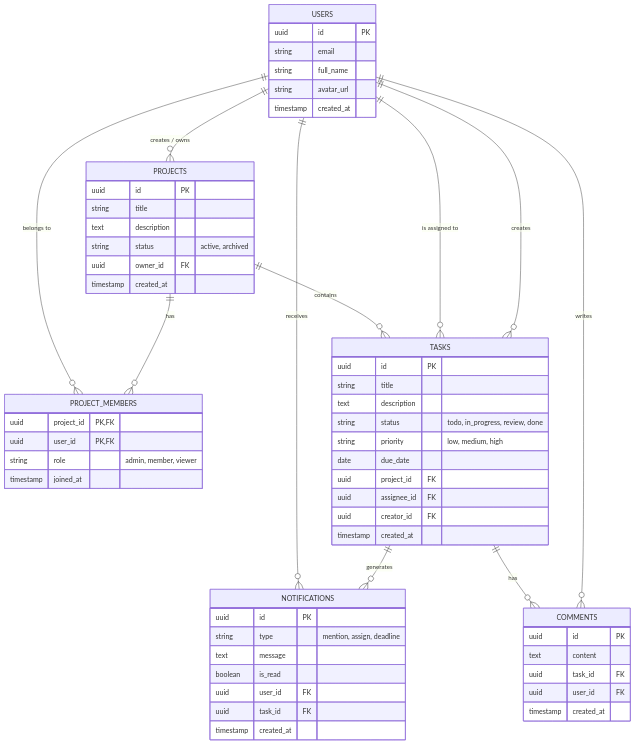
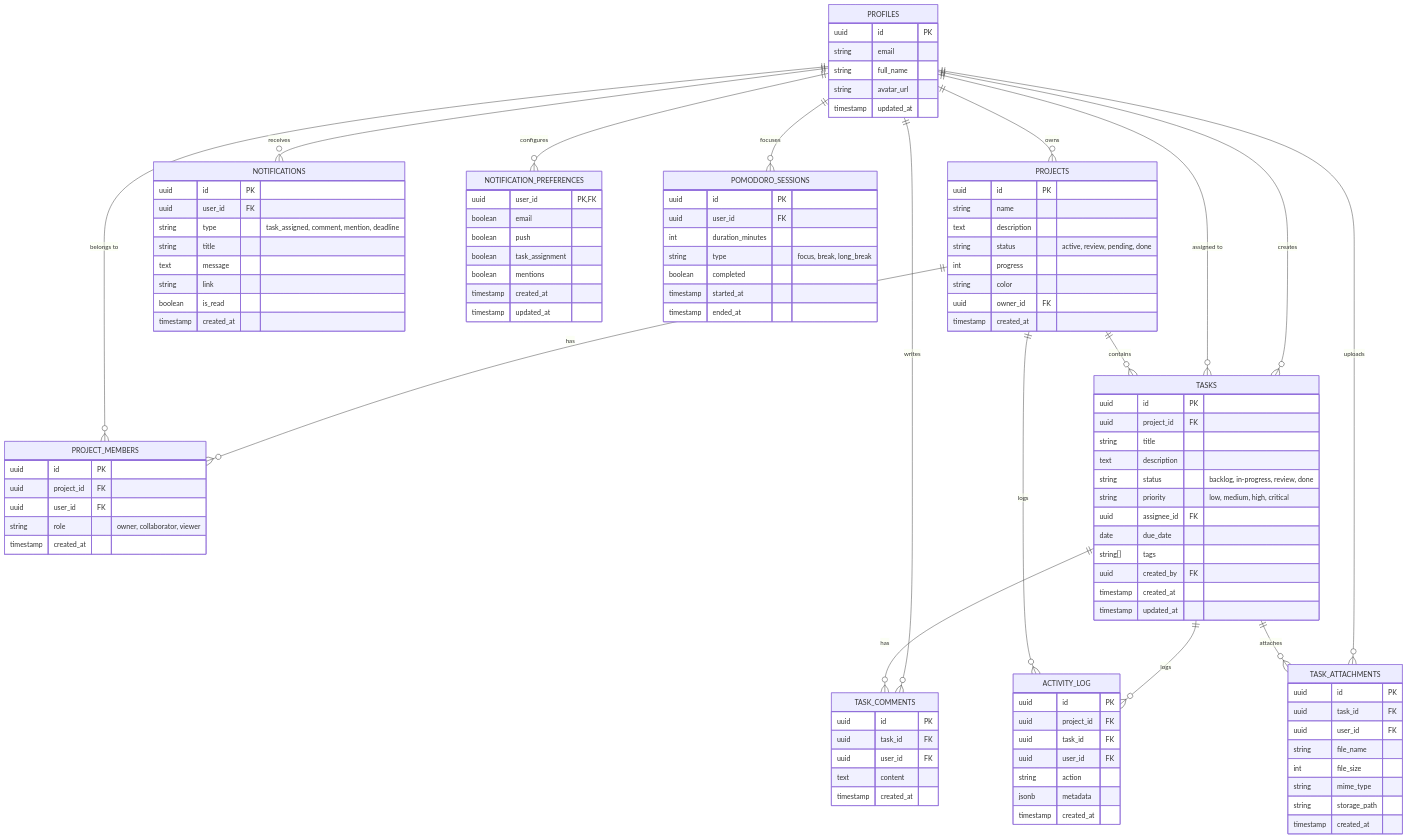
One commit to Danielsteve18/KairoTask changed the diagram in architecture/data-model.md. Above: the diagram before and after it, drawn with Mermaid. The commit also changed other lines of this file and 2 other files, not shown here.

Commit message:
docs: actualiza README, data-model y state-and-data vs implementacion real
README:
- Badges reales (Next.js 16, framer-motion, radix-ui, TanStack Query)
- Stack real vs documentado (remueve GSAP, NextUI, simpleParallax,
  BillionMail, Playwright, JMeter, TestRail)
- Estructura de carpetas real (sin src/, sin services/, sin types/)
- Features actuales: Kanban, Pomodoro, notificaciones, busqueda global,
  terminal, attachments, avatar upload, Matrix Rain, auth middleware

data-model.md:
- 10 tablas reales vs 6 documentadas (agrega activity_log,
  pomodoro_sessions, notification_preferences, task_attachments)
- Campos reales (status, priority, roles)
- Storage buckets + RLS policies

state-and-data.md:
- QueryProvider path real (components/ no src/app/)
- staleTime real (60s no 5min)
- Stores reales (notification, pomodoro, search)
- Tabla completa de hooks disponibles

````diff
--- a/architecture/data-model.md
+++ b/architecture/data-model.md
@@ -5,71 +5,120 @@
 ```mermaid
 erDiagram
-    USERS {
+    PROFILES {
         uuid id PK
         string email
         string full_name
         string avatar_url
-        timestamp created_at
+        timestamp updated_at
     }
 
     PROJECTS {
         uuid id PK
-        string title
+        string name
         text description
-        string status "active, archived"
+        string status "active, review, pending, done"
+        int progress
+        string color
         uuid owner_id FK
         timestamp created_at
     }
 
     PROJECT_MEMBERS {
-        uuid project_id PK, FK
-        uuid user_id PK, FK
-        string role "admin, member, viewer"
-        timestamp joined_at
+        uuid id PK
+        uuid project_id FK
+        uuid user_id FK
+        string role "owner, collaborator, viewer"
+        timestamp created_at
     }
 
     TASKS {
         uuid id PK
+        uuid project_id FK
         string title
         text description
-        string status "todo, in_progress, review, done"
-        string priority "low, medium, high"
+        string status "backlog, in-progress, review, done"
+        string priority "low, medium, high, critical"
+        uuid assignee_id FK
         date due_date
-        uuid project_id FK
-        uuid assignee_id FK
-        uuid creator_id FK
+        string[] tags
+        uuid created_by FK
+        timestamp created_at
+        timestamp updated_at
+    }
+
+    TASK_COMMENTS {
+        uuid id PK
+        uuid task_id FK
+        uuid user_id FK
+        text content
         timestamp created_at
     }
 
-    COMMENTS {
+    ACTIVITY_LOG {
         uuid id PK
-        text content
+        uuid project_id FK
         uuid task_id FK
         uuid user_id FK
-        timestamp created_at
-    }
-    
-    NOTIFICATIONS {
-        uuid id PK
-        string type "mention, assign, deadline"
-        text message
-        boolean is_read
-        uuid user_id FK
-        uuid task_id FK
+        string action
+        jsonb metadata
         timestamp created_at
     }
 
-    USERS ||--o{ PROJECTS : "creates / owns"
-    USERS ||--o{ PROJECT_MEMBERS : "belongs to"
+    NOTIFICATIONS {
+        uuid id PK
+        uuid user_id FK
+        string type "task_assigned, comment, mention, deadline"
+        string title
+        text message
+        string link
+        boolean is_read
+        timestamp created_at
+    }
+
+    NOTIFICATION_PREFERENCES {
+        uuid user_id PK, FK
+        boolean email
+        boolean push
+        boolean task_assignment
+        boolean mentions
+        timestamp created_at
+        timestamp updated_at
+    }
+
+    POMODORO_SESSIONS {
+        uuid id PK
+        uuid user_id FK
+        int duration_minutes
+        string type "focus, break, long_break"
+        boolean completed
+        timestamp started_at
+        timestamp ended_at
+    }
+
+    TASK_ATTACHMENTS {
+        uuid id PK
+        uuid task_id FK
+        uuid user_id FK
+        string file_name
+        int file_size
+        string mime_type
+        string storage_path
+        timestamp created_at
+    }
+
+    PROFILES ||--o{ PROJECTS : "owns"
+    PROFILES ||--o{ PROJECT_MEMBERS : "belongs to"
     PROJECTS ||--o{ PROJECT_MEMBERS : "has"
-    
     PROJECTS ||--o{ TASKS : "contains"
-    USERS ||--o{ TASKS : "is assigned to"
-    USERS ||--o{ TASKS : "creates"
-    
-    TASKS ||--o{ COMMENTS : "has"
-    USERS ||--o{ COMMENTS : "writes"
-    
-    USERS ||--o{ NOTIFICATIONS : "receives"
-    TASKS ||--o{ NOTIFICATIONS : "generates"
+    PROJECTS ||--o{ ACTIVITY_LOG : "logs"
+    TASKS ||--o{ TASK_COMMENTS : "has"
+    TASKS ||--o{ ACTIVITY_LOG : "logs"
+    TASKS ||--o{ TASK_ATTACHMENTS : "attaches"
+    PROFILES ||--o{ TASK_COMMENTS : "writes"
+    PROFILES ||--o{ NOTIFICATIONS : "receives"
+    PROFILES ||--o{ POMODORO_SESSIONS : "focuses"
+    PROFILES ||--o{ NOTIFICATION_PREFERENCES : "configures"
+    PROFILES ||--o{ TASKS : "assigned to"
+    PROFILES ||--o{ TASKS : "creates"
+    PROFILES ||--o{ TASK_ATTACHMENTS : "uploads"
 ```
````
